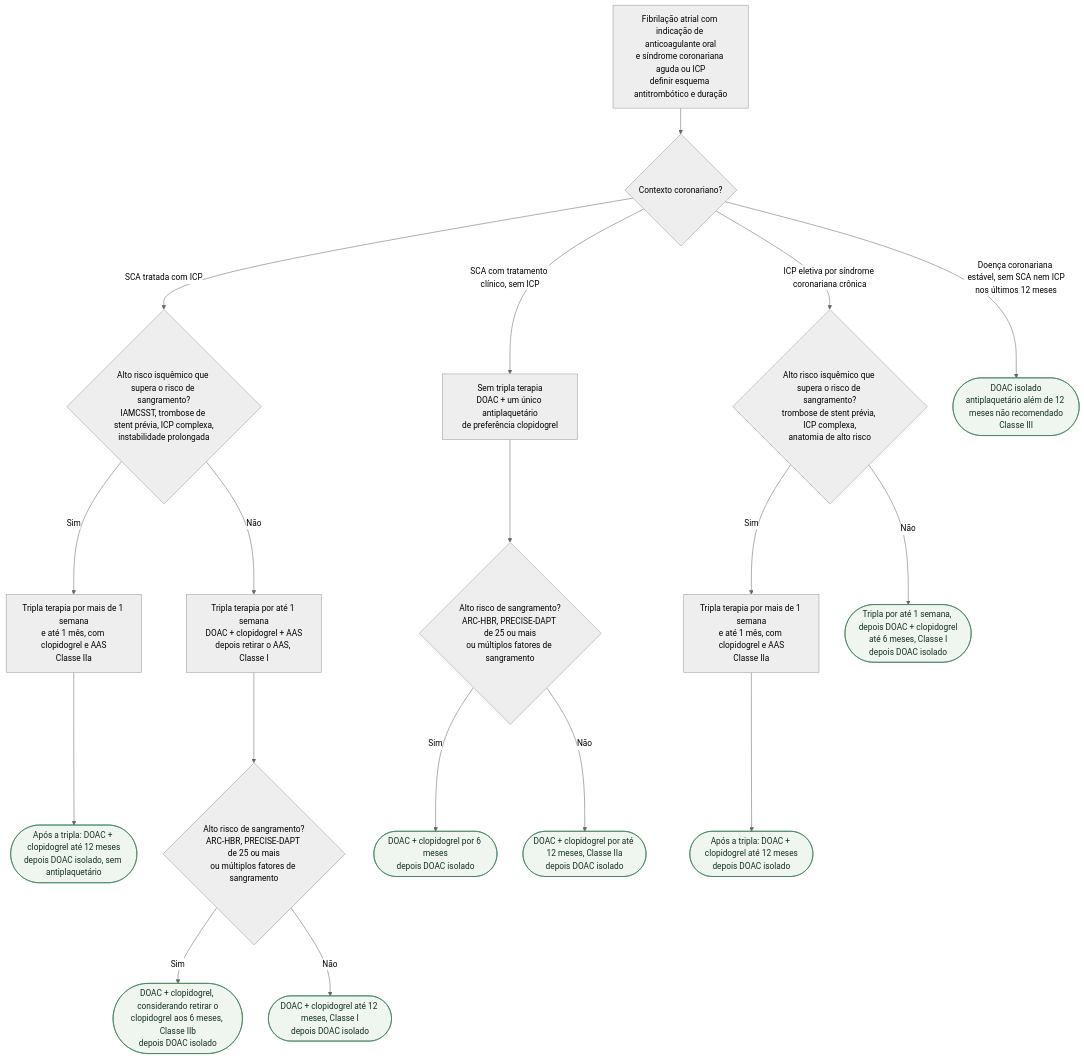
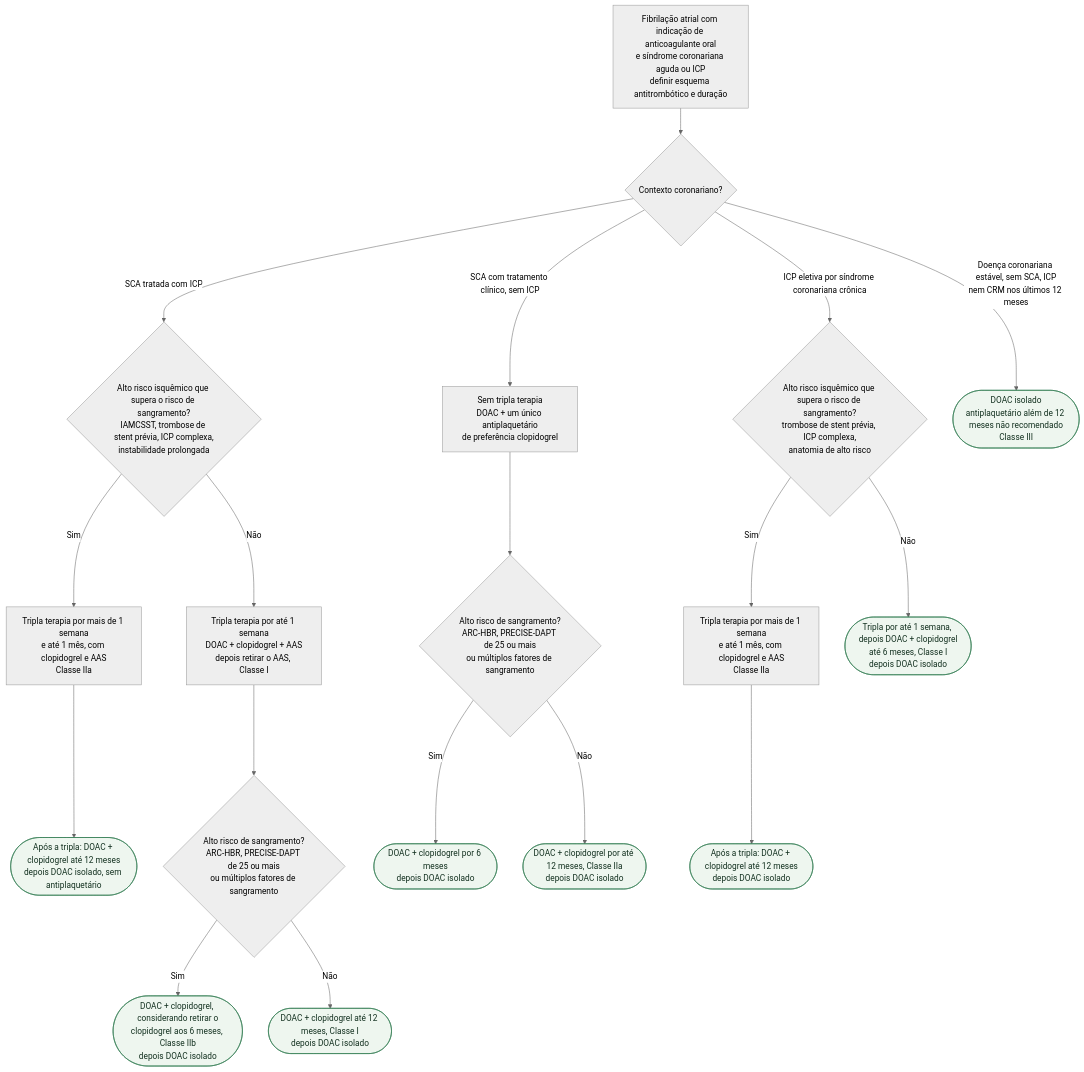
The diagram in content/Fibrilação_atrial/fluxograma-antitrombotico-na-fa-com-icp-ou-sca-terapia-tripla-e-dupla-esc-2023-2024.md (rafaelpaesmeirelles/MeuCardio), drawn with Mermaid (neutral theme) before and after one commit. The commit also changed other lines of this file and 24 other files, not shown here.

````diff
--- a/content/Fibrilação_atrial/fluxograma-antitrombotico-na-fa-com-icp-ou-sca-terapia-tripla-e-dupla-esc-2023-2024.md
+++ b/content/Fibrilação_atrial/fluxograma-antitrombotico-na-fa-com-icp-ou-sca-terapia-tripla-e-dupla-esc-2023-2024.md
@@ -21,42 +21,42 @@
 ```mermaid
 flowchart TD
   R0["Fibrilação atrial com indicação de anticoagulante oral<br/>e síndrome coronariana aguda ou ICP<br/>definir esquema antitrombótico e duração"]
   D1{"Contexto coronariano?"}
   D2{"Alto risco isquêmico que supera o risco de sangramento?<br/>IAMCSST, trombose de stent prévia, ICP complexa,<br/>instabilidade prolongada"}
   P1["Tripla terapia por mais de 1 semana<br/>e até 1 mês, com clopidogrel e AAS<br/>Classe IIa"]
   C1(["Após a tripla: DOAC + clopidogrel até 12 meses<br/>depois DOAC isolado, sem antiplaquetário"])
   P2["Tripla terapia por até 1 semana<br/>DOAC + clopidogrel + AAS<br/>depois retirar o AAS, Classe I"]
   D3{"Alto risco de sangramento?<br/>ARC-HBR, PRECISE-DAPT de 25 ou mais<br/>ou múltiplos fatores de sangramento"}
   C2(["DOAC + clopidogrel, considerando retirar o<br/>clopidogrel aos 6 meses, Classe IIb<br/>depois DOAC isolado"])
   C3(["DOAC + clopidogrel até 12 meses, Classe I<br/>depois DOAC isolado"])
   P3["Sem tripla terapia<br/>DOAC + um único antiplaquetário<br/>de preferência clopidogrel"]
   D4{"Alto risco de sangramento?<br/>ARC-HBR, PRECISE-DAPT de 25 ou mais<br/>ou múltiplos fatores de sangramento"}
   C4(["DOAC + clopidogrel por 6 meses<br/>depois DOAC isolado"])
   C5(["DOAC + clopidogrel por até 12 meses, Classe IIa<br/>depois DOAC isolado"])
   D5{"Alto risco isquêmico que supera o risco de sangramento?<br/>trombose de stent prévia, ICP complexa,<br/>anatomia de alto risco"}
   P4["Tripla terapia por mais de 1 semana<br/>e até 1 mês, com clopidogrel e AAS<br/>Classe IIa"]
   C6(["Após a tripla: DOAC + clopidogrel até 12 meses<br/>depois DOAC isolado"])
   C7(["Tripla por até 1 semana, depois DOAC + clopidogrel<br/>até 6 meses, Classe I<br/>depois DOAC isolado"])
   C8(["DOAC isolado<br/>antiplaquetário além de 12 meses não recomendado<br/>Classe III"])
 
   R0 --> D1
   D1 -->|"SCA tratada com ICP"| D2
   D2 -->|"Sim"| P1
   P1 --> C1
   D2 -->|"Não"| P2
   P2 --> D3
   D3 -->|"Sim"| C2
   D3 -->|"Não"| C3
   D1 -->|"SCA com tratamento clínico, sem ICP"| P3
   P3 --> D4
   D4 -->|"Sim"| C4
   D4 -->|"Não"| C5
   D1 -->|"ICP eletiva por síndrome coronariana crônica"| D5
   D5 -->|"Sim"| P4
   P4 --> C6
   D5 -->|"Não"| C7
-  D1 -->|"Doença coronariana estável, sem SCA nem ICP<br/>nos últimos 12 meses"| C8
+  D1 -->|"Doença coronariana estável, sem SCA, ICP<br/>nem CRM nos últimos 12 meses"| C8
 
   classDef conduta fill:#eef6ef,stroke:#2f7a4f,color:#12301f;
   class C1,C2,C3,C4,C5,C6,C7,C8 conduta;
 ```
````
